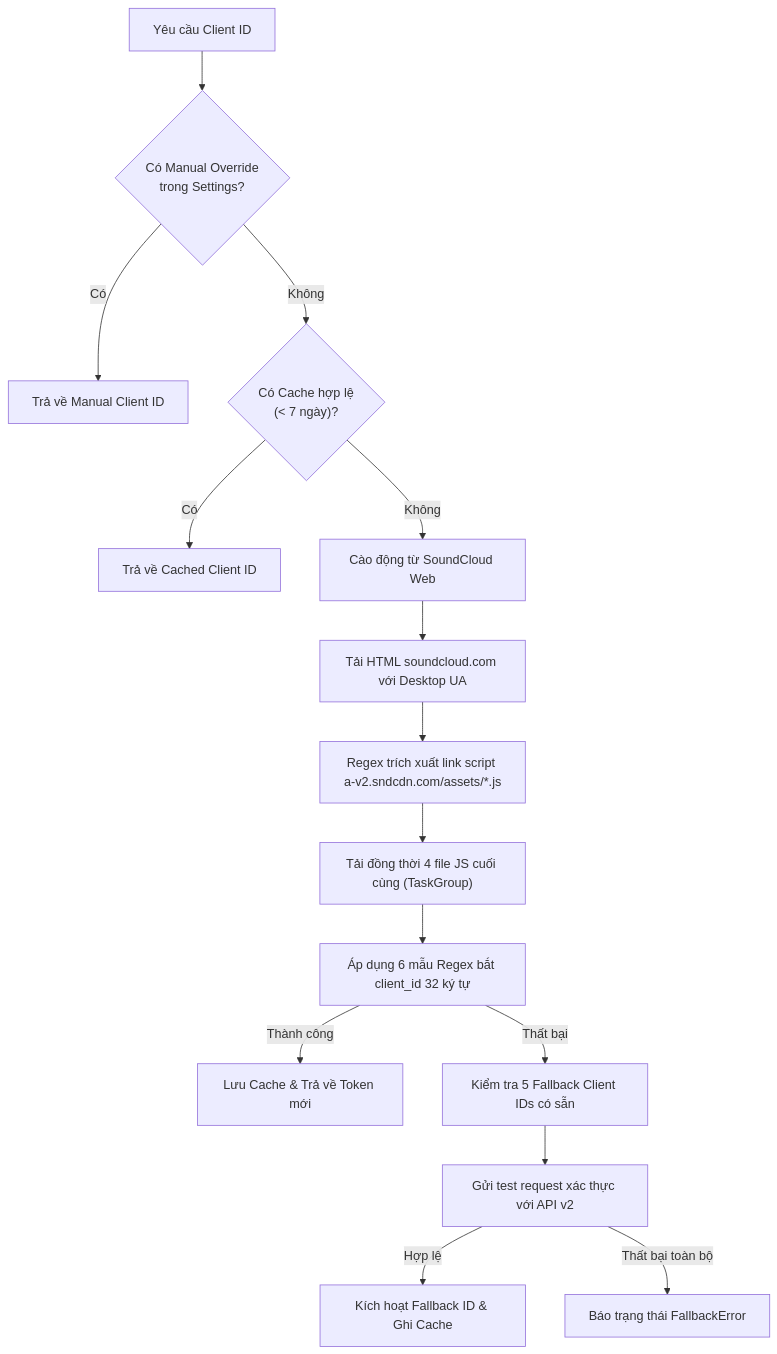
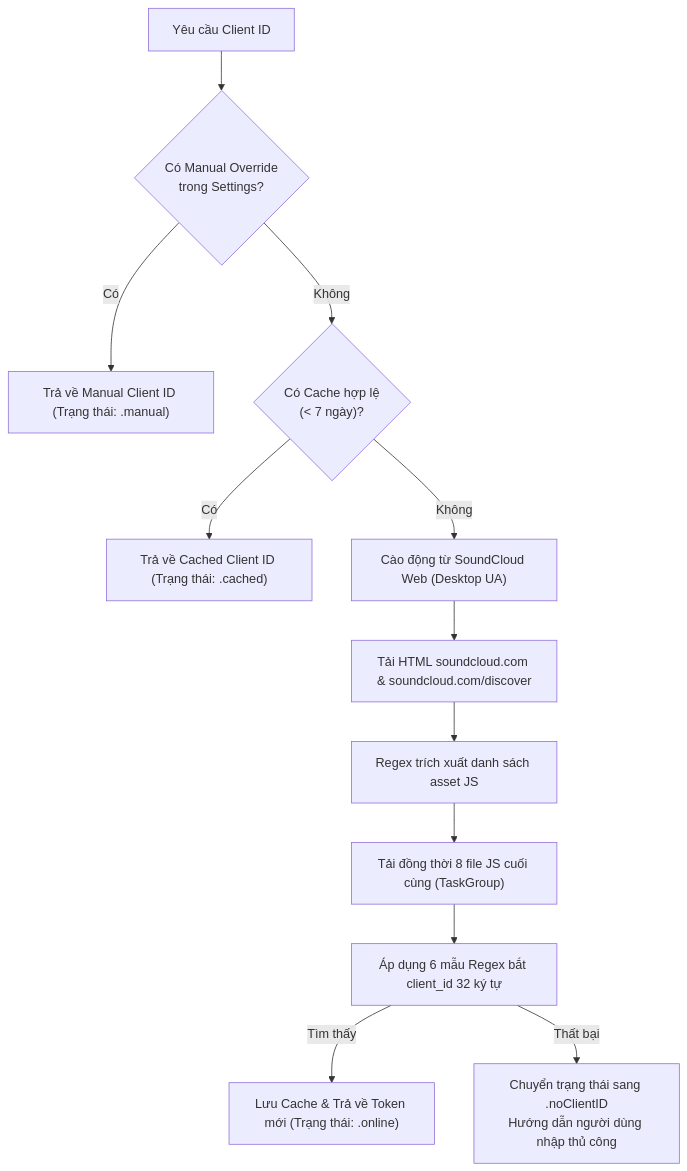
Before and after one commit to MeoHunterr/Scandium: the fifth of 6 diagrams in TECHNICAL_OVERVIEW.md, drawn with Mermaid. The commit also changed other lines of this file and 1 other file, not shown here.

Commit message:
docs: align TECHNICAL_OVERVIEW.md & README.md with v1.4.0 architecture

````diff
--- a/TECHNICAL_OVERVIEW.md
+++ b/TECHNICAL_OVERVIEW.md
@@ -249,19 +253,16 @@
 ```mermaid
 flowchart TD
     Start["Yêu cầu Client ID"] --> Step1{"Có Manual Override\ntrong Settings?"}
-    Step1 -- Có --> RetManual["Trả về Manual Client ID"]
+    Step1 -- Có --> RetManual["Trả về Manual Client ID (Trạng thái: .manual)"]
     Step1 -- Không --> Step2{"Có Cache hợp lệ\n(< 7 ngày)?"}
-    Step2 -- Có --> RetCache["Trả về Cached Client ID"]
-    Step2 -- Không --> Step3["Cào động từ SoundCloud Web"]
+    Step2 -- Có --> RetCache["Trả về Cached Client ID (Trạng thái: .cached)"]
+    Step2 -- Không --> Step3["Cào động từ SoundCloud Web (Desktop UA)"]
     
-    Step3 --> Step3_1["Tải HTML soundcloud.com với Desktop UA"]
-    Step3_1 --> Step3_2["Regex trích xuất link script a-v2.sndcdn.com/assets/*.js"]
-    Step3_2 --> Step3_3["Tải đồng thời 4 file JS cuối cùng (TaskGroup)"]
+    Step3 --> Step3_1["Tải HTML soundcloud.com & soundcloud.com/discover"]
+    Step3_1 --> Step3_2["Regex trích xuất danh sách asset JS"]
+    Step3_2 --> Step3_3["Tải đồng thời 8 file JS cuối cùng (TaskGroup)"]
     Step3_3 --> Step3_4["Áp dụng 6 mẫu Regex bắt client_id 32 ký tự"]
     
-    Step3_4 -- Thành công --> CacheAndRet["Lưu Cache & Trả về Token mới"]
-    Step3_4 -- Thất bại --> Step4["Kiểm tra 5 Fallback Client IDs có sẵn"]
-    Step4 --> Step4_1["Gửi test request xác thực với API v2"]
-    Step4_1 -- Hợp lệ --> RetFallback["Kích hoạt Fallback ID & Ghi Cache"]
-    Step4_1 -- Thất bại toàn bộ --> Err["Báo trạng thái FallbackError"]
+    Step3_4 -- Tìm thấy --> CacheAndRet["Lưu Cache & Trả về Token mới (Trạng thái: .online)"]
+    Step3_4 -- Thất bại --> Err["Chuyển trạng thái sang .noClientID\nHướng dẫn người dùng nhập thủ công"]
 ```
````
